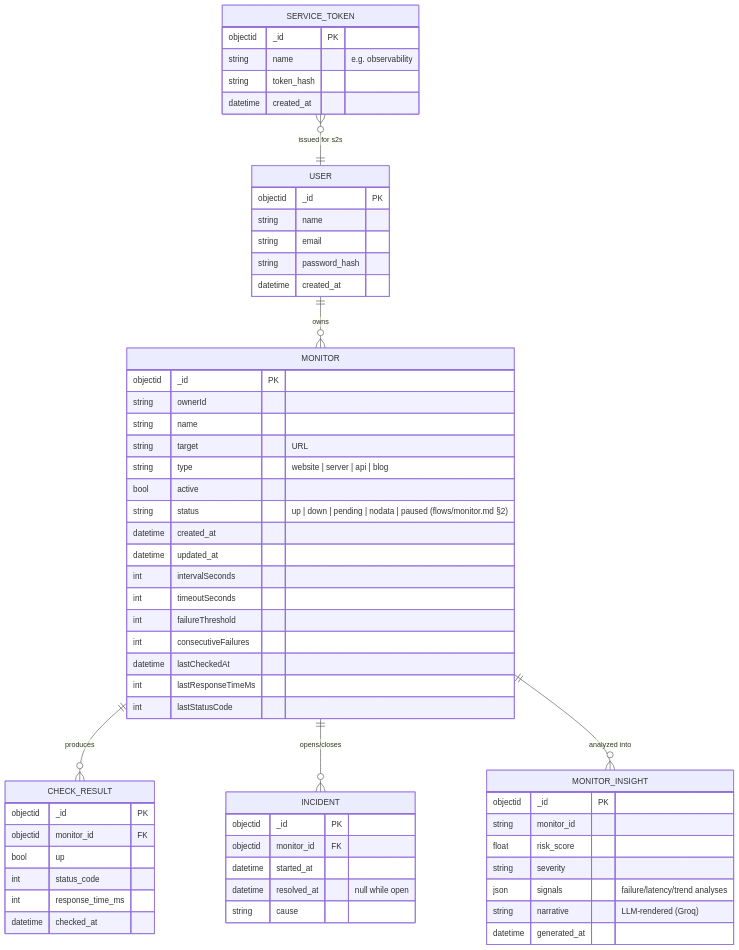
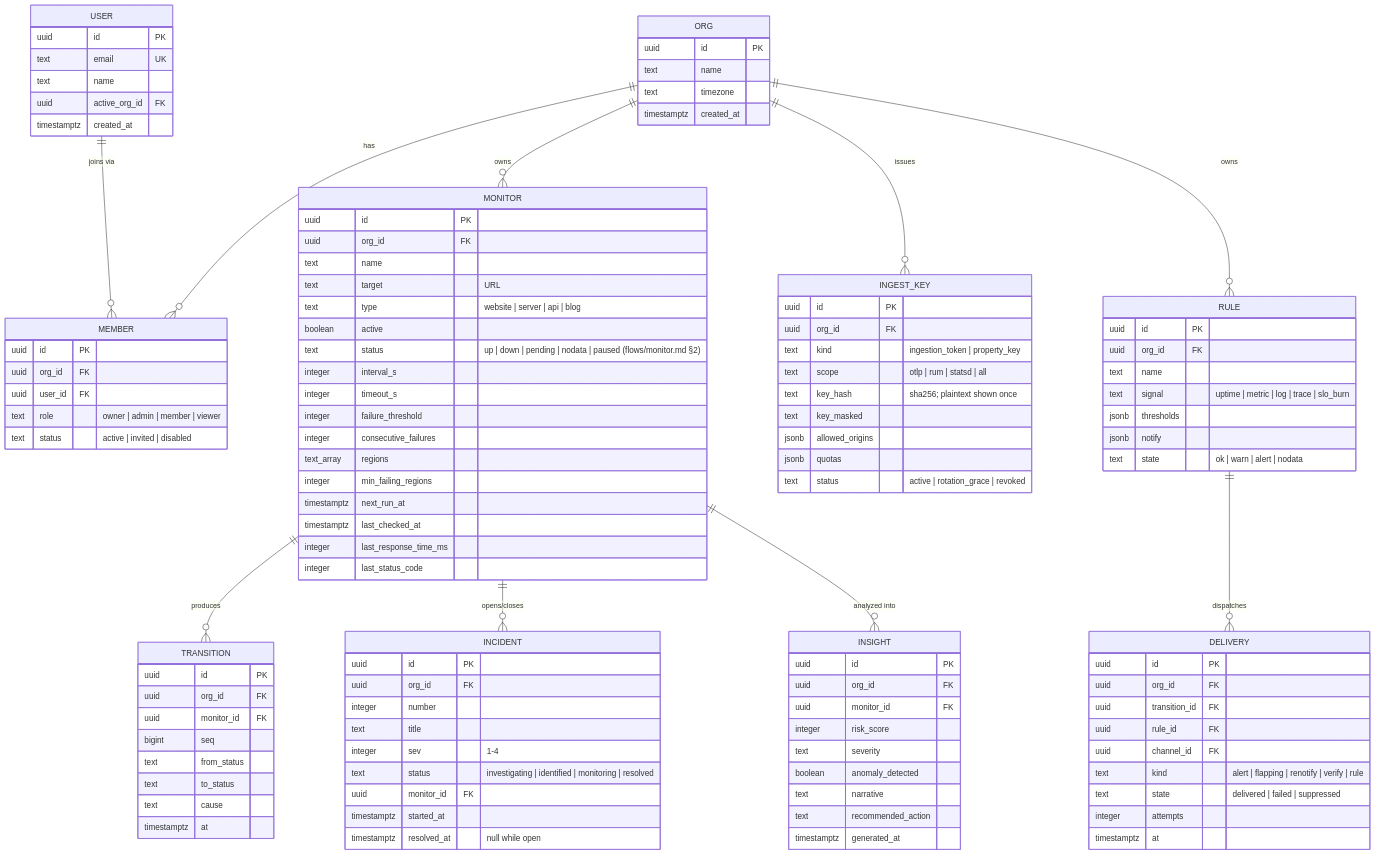
The first of 3 diagrams in docs/data-model.md (cuesoftinc/upstat), drawn with Mermaid before and after one commit. The commit also changed other lines of this file and 5 other files, not shown here.

````diff
--- a/docs/data-model.md
+++ b/docs/data-model.md
@@ -8,64 +12,115 @@
 ```mermaid
 erDiagram
-    USER ||--o{ MONITOR : owns
-    MONITOR ||--o{ CHECK_RESULT : produces
+    USER ||--o{ MEMBER : "joins via"
+    ORG ||--o{ MEMBER : has
+    ORG ||--o{ MONITOR : owns
+    MONITOR ||--o{ TRANSITION : produces
     MONITOR ||--o{ INCIDENT : "opens/closes"
-    MONITOR ||--o{ MONITOR_INSIGHT : "analyzed into"
-    SERVICE_TOKEN }o--|| USER : "issued for s2s"
+    MONITOR ||--o{ INSIGHT : "analyzed into"
+    ORG ||--o{ INGEST_KEY : issues
+    ORG ||--o{ RULE : owns
+    RULE ||--o{ DELIVERY : dispatches
 
     USER {
-        objectid _id PK
-        string name
-        string email
-        string password_hash
-        datetime created_at
+        uuid id PK
+        text email UK
+        text name
+        uuid active_org_id FK
+        timestamptz created_at
+    }
+    ORG {
+        uuid id PK
+        text name
+        text timezone
+        timestamptz created_at
+    }
+    MEMBER {
+        uuid id PK
+        uuid org_id FK
+        uuid user_id FK
+        text role "owner | admin | member | viewer"
+        text status "active | invited | disabled"
     }
     MONITOR {
-        objectid _id PK
-        string ownerId
-        string name
-        string target "URL"
-        string type "website | server | api | blog"
-        bool active
-        string status "up | down | pending | nodata | paused (flows/monitor.md §2)"
-        datetime created_at
-        datetime updated_at
-        int intervalSeconds
-        int timeoutSeconds
-        int failureThreshold
-        int consecutiveFailures
-        datetime lastCheckedAt
-        int lastResponseTimeMs
-        int lastStatusCode
+        uuid id PK
+        uuid org_id FK
+        text name
+        text target "URL"
+        text type "website | server | api | blog"
+        boolean active
+        text status "up | down | pending | nodata | paused (flows/monitor.md §2)"
+        integer interval_s
+        integer timeout_s
+        integer failure_threshold
+        integer consecutive_failures
+        text_array regions
+        integer min_failing_regions
+        timestamptz next_run_at
+        timestamptz last_checked_at
+        integer last_response_time_ms
+        integer last_status_code
     }
-    CHECK_RESULT {
-        objectid _id PK
-        objectid monitor_id FK
-        bool up
-        int status_code
-        int response_time_ms
-        datetime checked_at
+    TRANSITION {
+        uuid id PK
+        uuid org_id FK
+        uuid monitor_id FK
+        bigint seq
+        text from_status
+        text to_status
+        text cause
+        timestamptz at
     }
     INCIDENT {
-        objectid _id PK
-        objectid monitor_id FK
-        datetime started_at
-        datetime resolved_at "null while open"
-        string cause
+        uuid id PK
+        uuid org_id FK
+        integer number
+        text title
+        integer sev "1-4"
+        text status "investigating | identified | monitoring | resolved"
+        uuid monitor_id FK
+        timestamptz started_at
+        timestamptz resolved_at "null while open"
     }
-    MONITOR_INSIGHT {
-        objectid _id PK
-        string monitor_id
-        float risk_score
-        string severity
-        json signals "failure/latency/trend analyses"
-        string narrative "LLM-rendered (Groq)"
-        datetime generated_at
+    INSIGHT {
+        uuid id PK
+        uuid org_id FK
+        uuid monitor_id FK
+        integer risk_score
+        text severity
+        boolean anomaly_detected
+        text narrative
+        text recommended_action
+        timestamptz generated_at
     }
-    SERVICE_TOKEN {
-        objectid _id PK
-        string name "e.g. observability"
-        string token_hash
-        datetime created_at
+    INGEST_KEY {
+        uuid id PK
+        uuid org_id FK
+        text kind "ingestion_token | property_key"
+        text scope "otlp | rum | statsd | all"
+        text key_hash "sha256; plaintext shown once"
+        text key_masked
+        jsonb allowed_origins
+        jsonb quotas
+        text status "active | rotation_grace | revoked"
+    }
+    RULE {
+        uuid id PK
+        uuid org_id FK
+        text name
+        text signal "uptime | metric | log | trace | slo_burn"
+        jsonb thresholds
+        jsonb notify
+        text state "ok | warn | alert | nodata"
+    }
+    DELIVERY {
+        uuid id PK
+        uuid org_id FK
+        uuid transition_id FK
+        uuid rule_id FK
+        uuid channel_id FK
+        text kind "alert | flapping | renotify | verify | rule"
+        text state "delivered | failed | suppressed"
+        integer attempts
+        timestamptz at
     }
 ```
````
